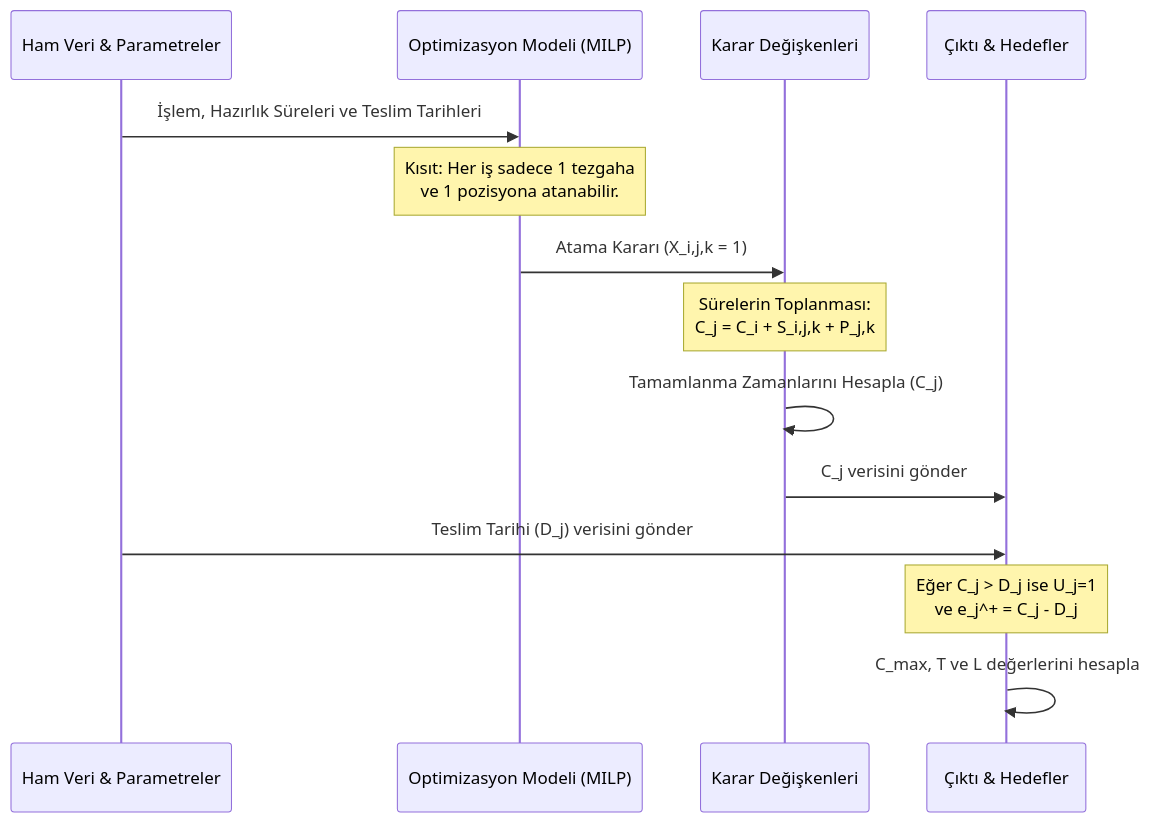
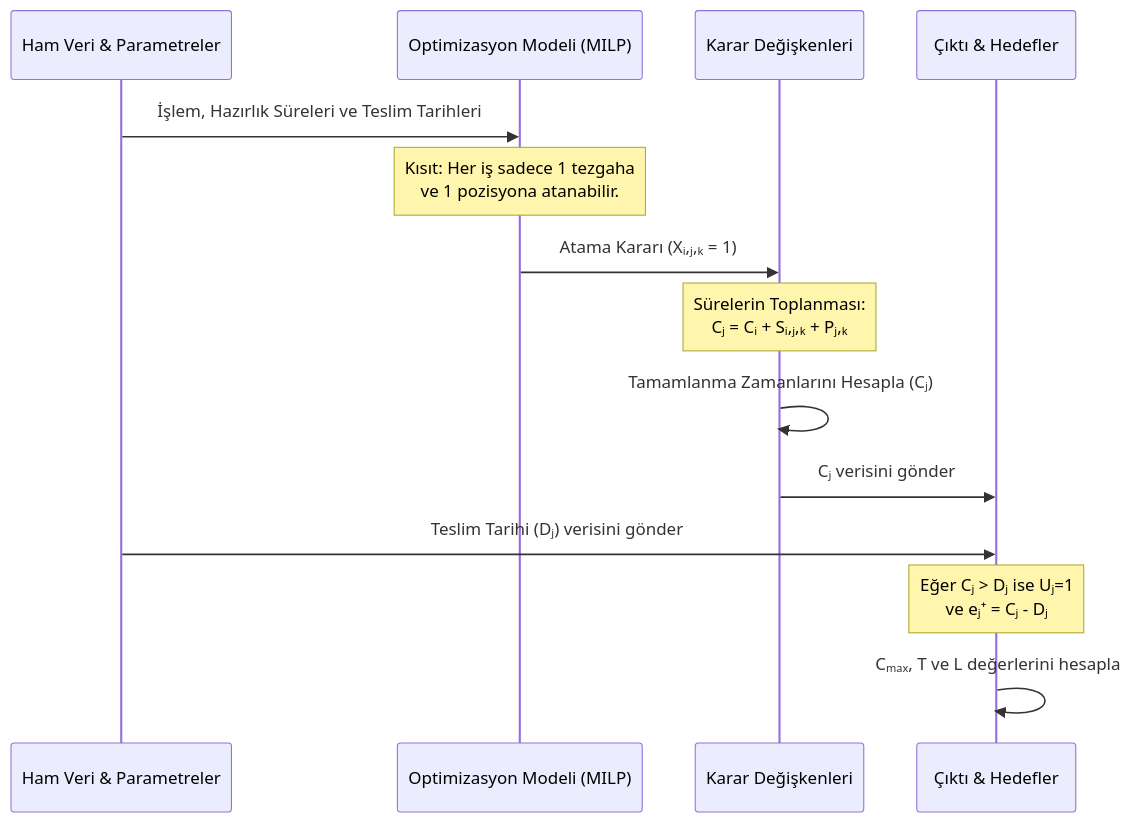
Before and after one commit to umuxt/END505E: the third of 3 diagrams in 10_uygulama_teorik_akis.md, drawn with Mermaid. The commit also changed other lines of this file and 23 other files, not shown here.

````diff
--- a/10_uygulama_teorik_akis.md
+++ b/10_uygulama_teorik_akis.md
@@ -98,20 +106,20 @@
 ```mermaid
 sequenceDiagram
     participant Veri as Ham Veri & Parametreler
     participant Model as Optimizasyon Modeli (MILP)
     participant Degisken as Karar Değişkenleri
     participant Metrik as Çıktı & Hedefler
 
     Veri->>Model: İşlem, Hazırlık Süreleri ve Teslim Tarihleri
     Note over Model: Kısıt: Her iş sadece 1 tezgaha <br>ve 1 pozisyona atanabilir.
-    Model->>Degisken: Atama Kararı (X_i,j,k = 1)
+    Model->>Degisken: Atama Kararı (Xᵢ,ⱼ,ₖ = 1)
     
-    Note over Degisken: Sürelerin Toplanması:<br>C_j = C_i + S_i,j,k + P_j,k
-    Degisken->>Degisken: Tamamlanma Zamanlarını Hesapla (C_j)
+    Note over Degisken: Sürelerin Toplanması:<br>Cⱼ = Cᵢ + Sᵢ,ⱼ,ₖ + Pⱼ,ₖ
+    Degisken->>Degisken: Tamamlanma Zamanlarını Hesapla (Cⱼ)
     
-    Degisken->>Metrik: C_j verisini gönder
-    Veri->>Metrik: Teslim Tarihi (D_j) verisini gönder
+    Degisken->>Metrik: Cⱼ verisini gönder
+    Veri->>Metrik: Teslim Tarihi (Dⱼ) verisini gönder
     
-    Note over Metrik: Eğer C_j > D_j ise U_j=1 <br>ve e_j^+ = C_j - D_j
-    Metrik->>Metrik: C_max, T ve L değerlerini hesapla
+    Note over Metrik: Eğer Cⱼ > Dⱼ ise Uⱼ=1 <br>ve eⱼ⁺ = Cⱼ - Dⱼ
+    Metrik->>Metrik: Cₘₐₓ, T ve L değerlerini hesapla
 ```
````
